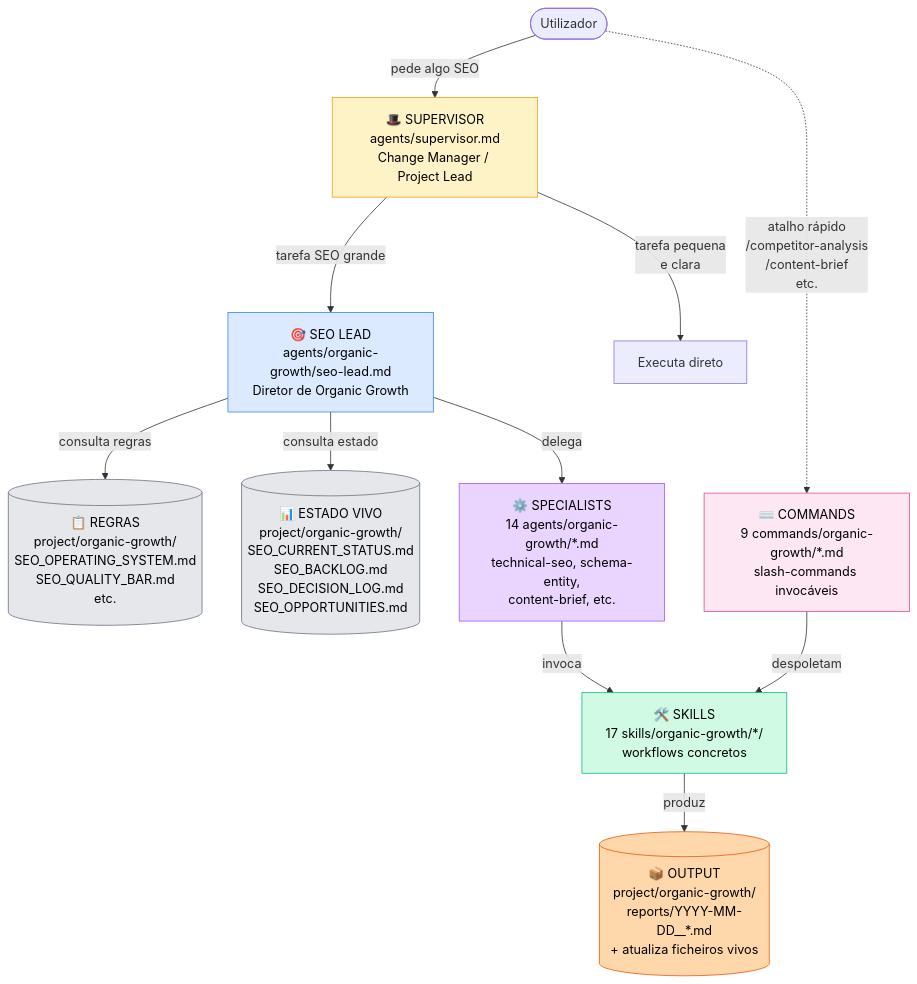
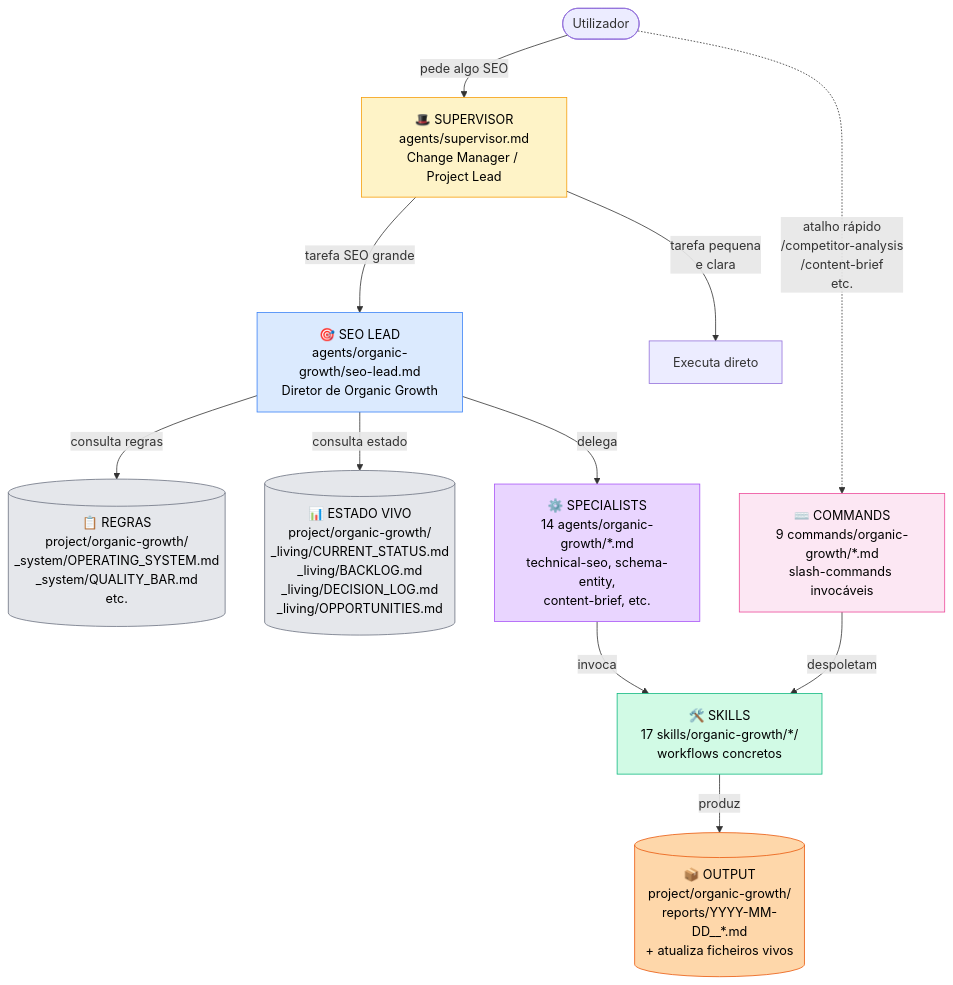
Before and after one commit to mejoaocorreia/previmed: the first of 2 diagrams in .claude/project/organic-growth/reports/2026-05-20__architecture-map.md, drawn with Mermaid. The commit also changed other lines of this file and 48 other files, not shown here.

First line of the commit message:
refactor(seo): reorganizar estrutura organic-growth por pastas funcionais

````diff
--- a/.claude/project/organic-growth/reports/2026-05-20__architecture-map.md
+++ b/.claude/project/organic-growth/reports/2026-05-20__architecture-map.md
@@ -25,38 +25,38 @@
 ```mermaid
 flowchart TD
     USER([Utilizador]) -->|"pede algo SEO"| SUP
 
     SUP["🎩 SUPERVISOR<br/>agents/supervisor.md<br/>Change Manager / Project Lead"]
     SUP -->|"tarefa SEO grande"| LEAD
     SUP -->|"tarefa pequena<br/>e clara"| EXEC[Executa direto]
 
     LEAD["🎯 SEO LEAD<br/>agents/organic-growth/seo-lead.md<br/>Diretor de Organic Growth"]
     LEAD -->|"consulta regras"| RULES
     LEAD -->|"consulta estado"| LIVING
     LEAD -->|"delega"| SPEC
 
-    RULES[("📋 REGRAS<br/>project/organic-growth/<br/>SEO_OPERATING_SYSTEM.md<br/>SEO_QUALITY_BAR.md<br/>etc.")]
+    RULES[("📋 REGRAS<br/>project/organic-growth/<br/>_system/OPERATING_SYSTEM.md<br/>_system/QUALITY_BAR.md<br/>etc.")]
 
-    LIVING[("📊 ESTADO VIVO<br/>project/organic-growth/<br/>SEO_CURRENT_STATUS.md<br/>SEO_BACKLOG.md<br/>SEO_DECISION_LOG.md<br/>SEO_OPPORTUNITIES.md")]
+    LIVING[("📊 ESTADO VIVO<br/>project/organic-growth/<br/>_living/CURRENT_STATUS.md<br/>_living/BACKLOG.md<br/>_living/DECISION_LOG.md<br/>_living/OPPORTUNITIES.md")]
 
     SPEC["⚙️ SPECIALISTS<br/>14 agents/organic-growth/*.md<br/>technical-seo, schema-entity,<br/>content-brief, etc."]
     SPEC -->|"invoca"| SKILLS
 
     SKILLS["🛠️ SKILLS<br/>17 skills/organic-growth/*/<br/>workflows concretos"]
     SKILLS -->|"produz"| OUT
 
     OUT[("📦 OUTPUT<br/>project/organic-growth/<br/>reports/YYYY-MM-DD__*.md<br/>+ atualiza ficheiros vivos")]
 
     USER -.->|"atalho rápido<br/>/competitor-analysis<br/>/content-brief<br/>etc."| CMDS
     CMDS["⌨️ COMMANDS<br/>9 commands/organic-growth/*.md<br/>slash-commands invocáveis"]
     CMDS -->|"despoletam"| SKILLS
 
     style SUP fill:#fef3c7,stroke:#f59e0b,color:#000
     style LEAD fill:#dbeafe,stroke:#3b82f6,color:#000
     style SPEC fill:#e9d5ff,stroke:#a855f7,color:#000
     style SKILLS fill:#d1fae5,stroke:#10b981,color:#000
     style CMDS fill:#fce7f3,stroke:#ec4899,color:#000
     style OUT fill:#fed7aa,stroke:#ea580c,color:#000
     style RULES fill:#e5e7eb,stroke:#6b7280,color:#000
     style LIVING fill:#e5e7eb,stroke:#6b7280,color:#000
 ```
````
